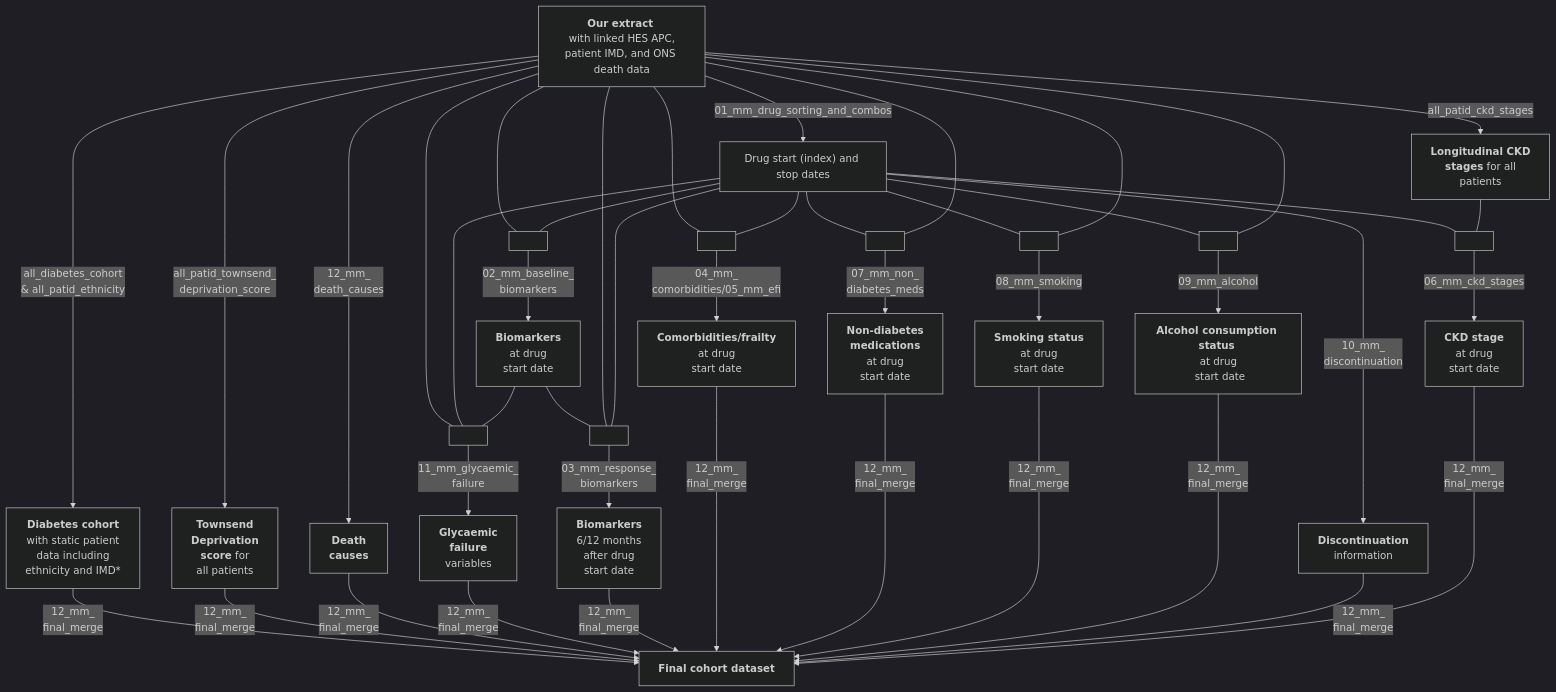
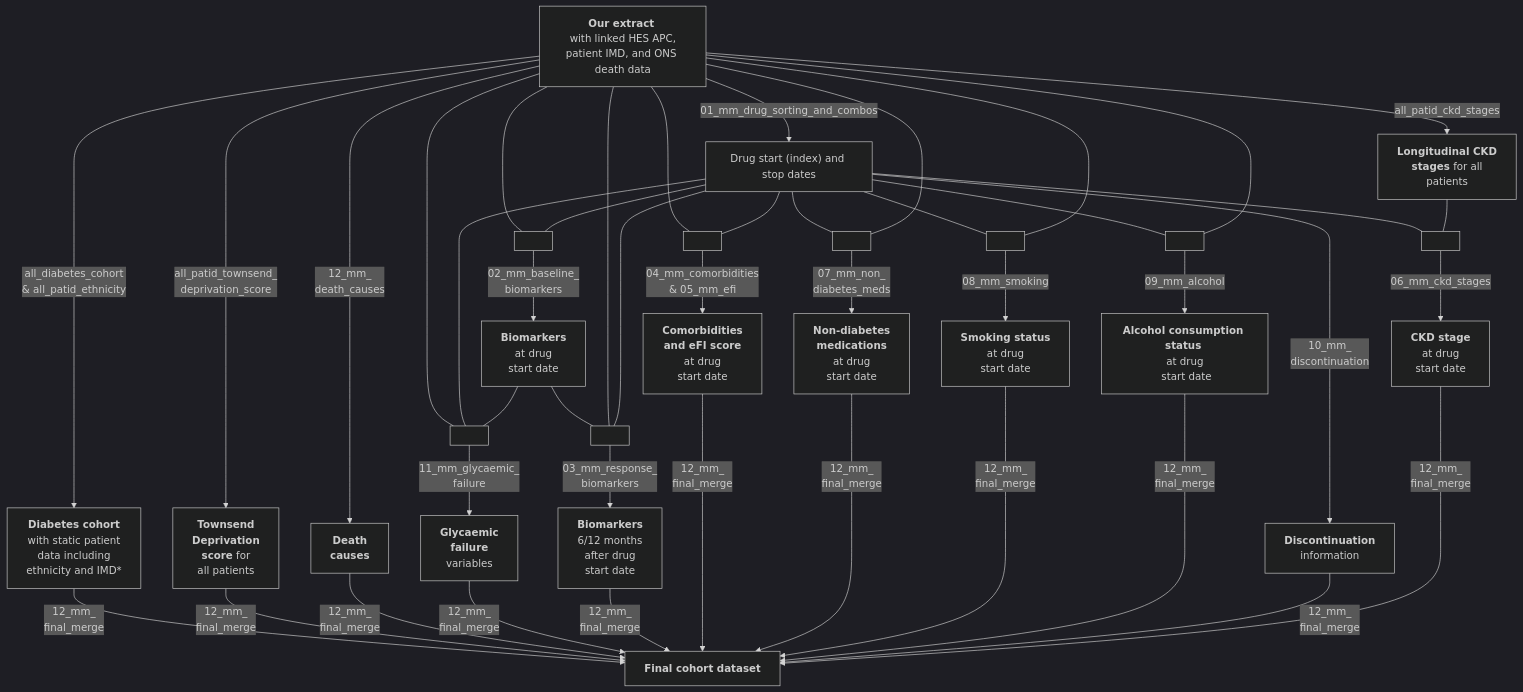
One commit to Exeter-Diabetes/CPRD-Cohort-scripts changed the diagram in 03-Treatment-response-(MASTERMIND)/README.md. Above: the diagram before and after it, drawn with Mermaid (dark theme).

````diff
--- a/03-Treatment-response-(MASTERMIND)/README.md
+++ b/03-Treatment-response-(MASTERMIND)/README.md
@@ -20,56 +20,56 @@
 ```mermaid
 graph TD;
     A["<b>Our extract</b> <br> with linked HES APC, patient IMD, and ONS death data"] --> |"all_diabetes_cohort <br> & all_patid_ethnicity"|B["<b>Diabetes cohort<br></b> with static patient <br>data including <br>ethnicity and IMD*"]
     A-->|"all_patid_townsend_<br>deprivation_score"|N["<b>Townsend<br> Deprivation<br>score</b> for<br> all patients"]
     A-->|"12_mm_<br>death_causes"|O["<b>Death<br>causes</b>"]
     A-->|"01_mm_drug_sorting_and_combos"|H["Drug start (index) and stop dates"]
 
     A---P[ ]:::empty
     H---P
     E---P
     P-->|"11_mm_glycaemic_<br>failure"|Q["<b>Glycaemic<br>failure</b><br>variables"]
 
     A---Y[ ]:::empty
     H---Y
     Y-->|"02_mm_baseline_<br>biomarkers"|E["<b>Biomarkers</b> <br> at drug <br> start date"]
 
     E---T[ ]:::empty
     A---T
     H---T
     T-->|"03_mm_response_<br>biomarkers"|L["<b>Biomarkers</b> <br> 6/12 months <br> after drug <br>start date"]
     
     A---W[ ]:::empty
     H---W
-    W-->|"04_mm_<br>comorbidities/05_mm_efi"|F["<b>Comorbidities/frailty</b> <br> at drug <br> start date"]
+    W-->|"04_mm_comorbidities<br>& 05_mm_efi"|F["<b>Comorbidities<br>and eFI score</b> <br> at drug <br> start date"]
     
     H---U[ ]:::empty
     A---U
     U-->|"07_mm_non_<br>diabetes_meds"|M["<b>Non-diabetes <br>medications</b> <br> at drug <br> start date"]
     
     H---X[ ]:::empty
     A---X
     X-->|"08_mm_smoking"|G["<b>Smoking status</b> <br> at drug <br> start date"]
     
     H-->|"10_mm_<br>discontinuation"|V["<b>Discontinuation</b><br> information"]
 
     H---R[ ]:::empty
     A---R
     R-->|"09_mm_alcohol"|D["<b>Alcohol consumption status</b> <br> at drug <br> start date"]
  
     A-->|"all_patid_ckd_stages"|C["<b>Longitudinal CKD <br> stages</b> for all <br> patients"]
     H---Z[ ]:::empty
     C---Z
     Z-->|"06_mm_ckd_stages"|I["<b>CKD stage </b> <br> at drug <br> start date"]
 
     B-->|"12_mm_<br>final_merge"|J["<b>Final cohort dataset</b>"]
     N-->|"12_mm_<br>final_merge"|J
     O-->|"12_mm_<br>final_merge"|J
     Q-->|"12_mm_<br>final_merge"|J
     L-->|"12_mm_<br>final_merge"|J
     F-->|"12_mm_<br>final_merge"|J
     M-->|"12_mm_<br>final_merge"|J  
     G-->|"12_mm_<br>final_merge"|J
     D-->|"12_mm_<br>final_merge"|J
     V-->|"12_mm_<br>final_merge"|J
     I-->|"12_mm_<br>final_merge"|J  
 ```
````
